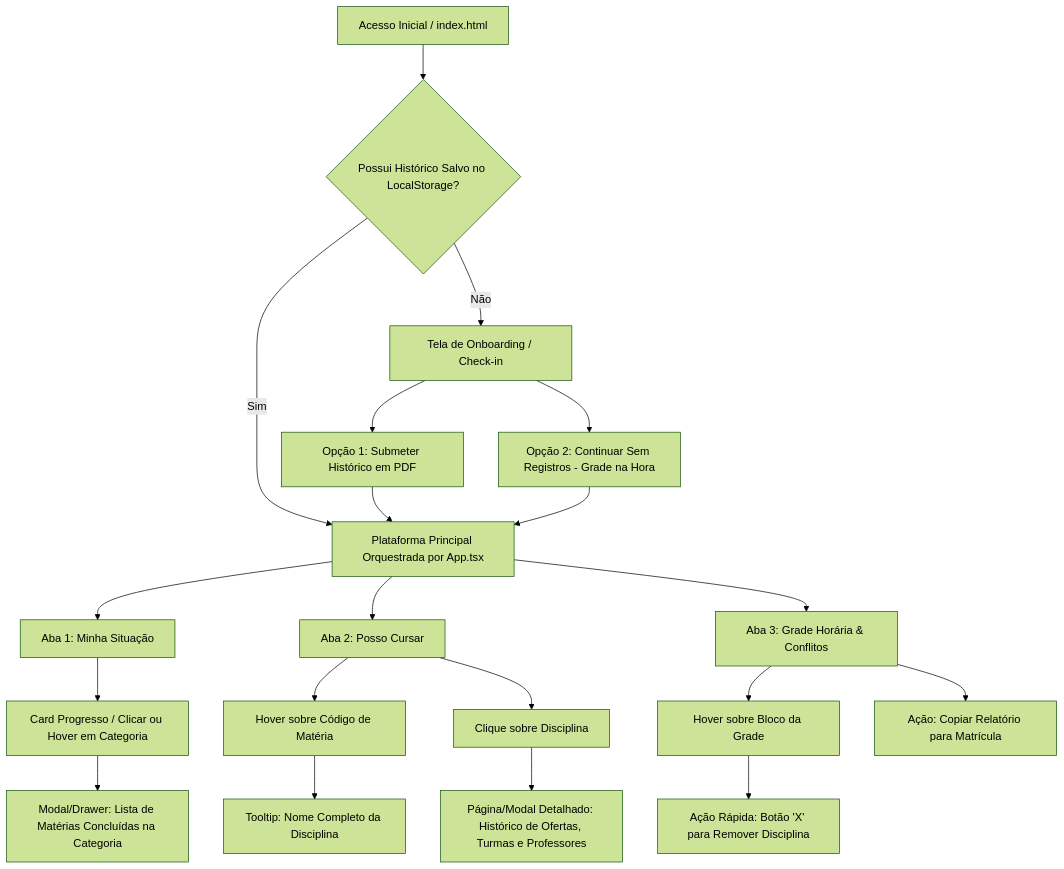
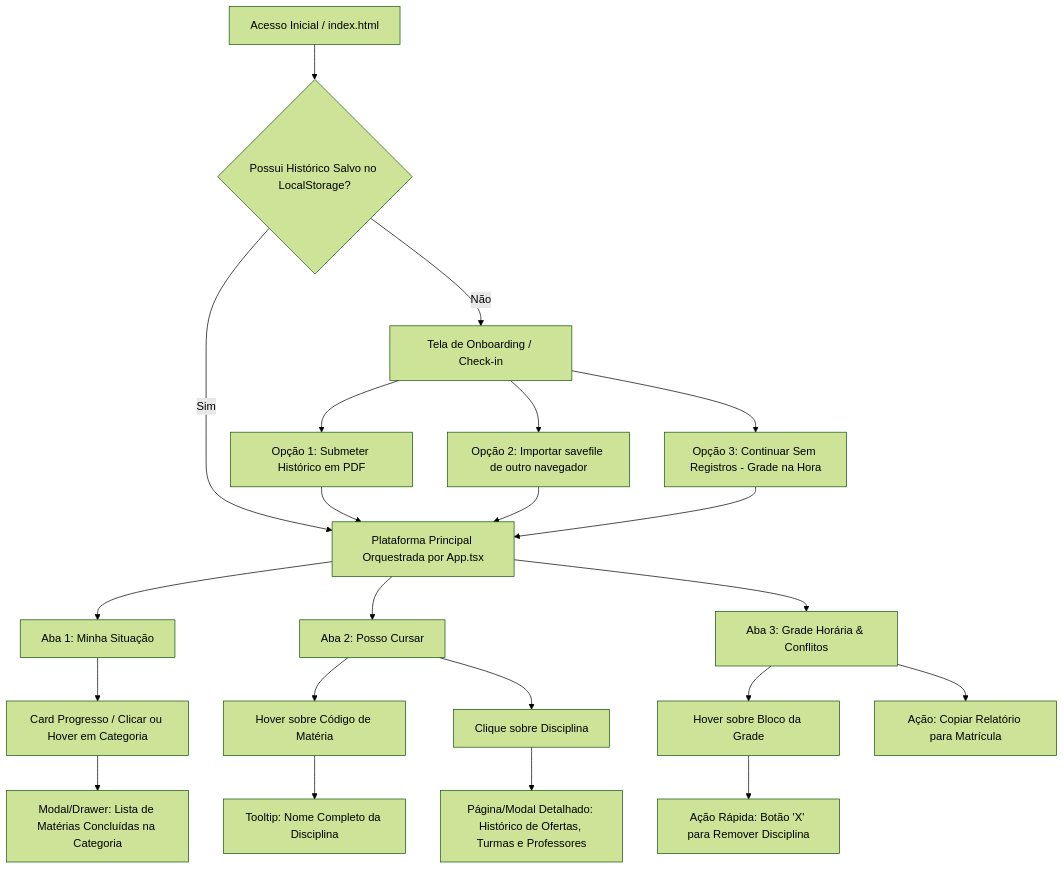
Before and after one commit to bdsromulo/Oasis-UTFPR: the diagram in Estrategia.md, drawn with Mermaid (forest theme). The commit also changed other lines of this file and 15 other files, not shown here.

````diff
--- a/Estrategia.md
+++ b/Estrategia.md
@@ -118,26 +119,28 @@
 ```mermaid
 graph TD
     A[Acesso Inicial / index.html] --> B{Possui Histórico Salvo no LocalStorage?}
     B -- Não --> C[Tela de Onboarding / Check-in]
     C --> D[Opção 1: Submeter Histórico em PDF]
-    C --> E[Opção 2: Continuar Sem Registros - Grade na Hora]
+    C --> S[Opção 2: Importar savefile de outro navegador]
+    C --> E[Opção 3: Continuar Sem Registros - Grade na Hora]
     B -- Sim --> F[Plataforma Principal Orquestrada por App.tsx]
     D --> F
+    S --> F
     E --> F
     
     F --> G[Aba 1: Minha Situação]
     F --> H[Aba 2: Posso Cursar]
     F --> I[Aba 3: Grade Horária & Conflitos]
     
     G --> J[Card Progresso / Clicar ou Hover em Categoria]
     J --> K[Modal/Drawer: Lista de Matérias Concluídas na Categoria]
     
     H --> L[Hover sobre Código de Matéria]
     L --> M[Tooltip: Nome Completo da Disciplina]
     H --> N[Clique sobre Disciplina]
     N --> O[Página/Modal Detalhado: Histórico de Ofertas, Turmas e Professores]
     
     I --> P[Hover sobre Bloco da Grade]
     P --> Q[Ação Rápida: Botão 'X' para Remover Disciplina]
     I --> R[Ação: Copiar Relatório para Matrícula]
 ```
````
